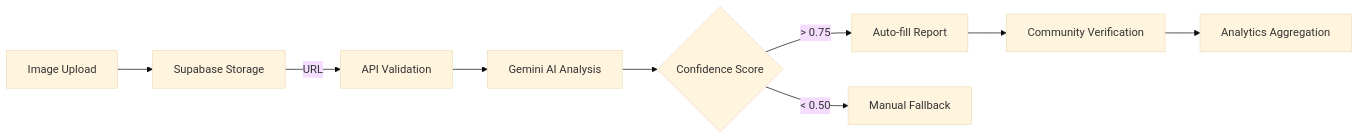
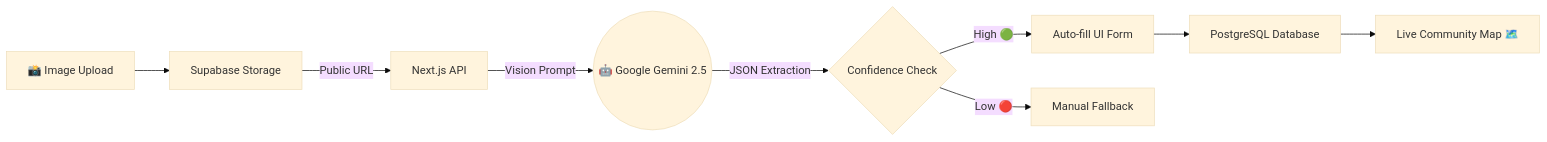
One commit to hetpatel1b/CivicMind-AI changed the diagram in README.md. Above: the diagram before and after it, drawn with Mermaid (base theme). The commit also changed other lines of this file and 1 other file, not shown here.

````diff
--- a/README.md
+++ b/README.md
@@ -52,11 +57,11 @@
 ```mermaid
 graph LR
-    A[Image Upload] --> B[Supabase Storage]
-    B -->|URL| C[API Validation]
-    C --> D[Gemini AI Analysis]
-    D --> E{Confidence Score}
-    E -->|> 0.75| F[Auto-fill Report]
-    E -->|< 0.50| G[Manual Fallback]
-    F --> H[Community Verification]
-    H --> I[Analytics Aggregation]
+    A[📸 Image Upload] --> B[Supabase Storage]
+    B -->|Public URL| C[Next.js API]
+    C -->|Vision Prompt| D((🤖 Google Gemini 2.5))
+    D -->|JSON Extraction| E{Confidence Check}
+    E -->|High 🟢| F[Auto-fill UI Form]
+    E -->|Low 🔴| G[Manual Fallback]
+    F --> H[PostgreSQL Database]
+    H --> I[Live Community Map 🗺️]
 ```
````
